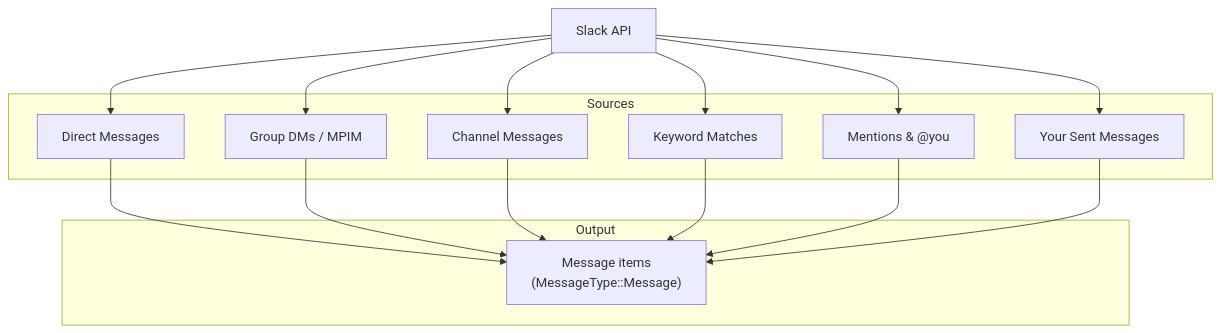
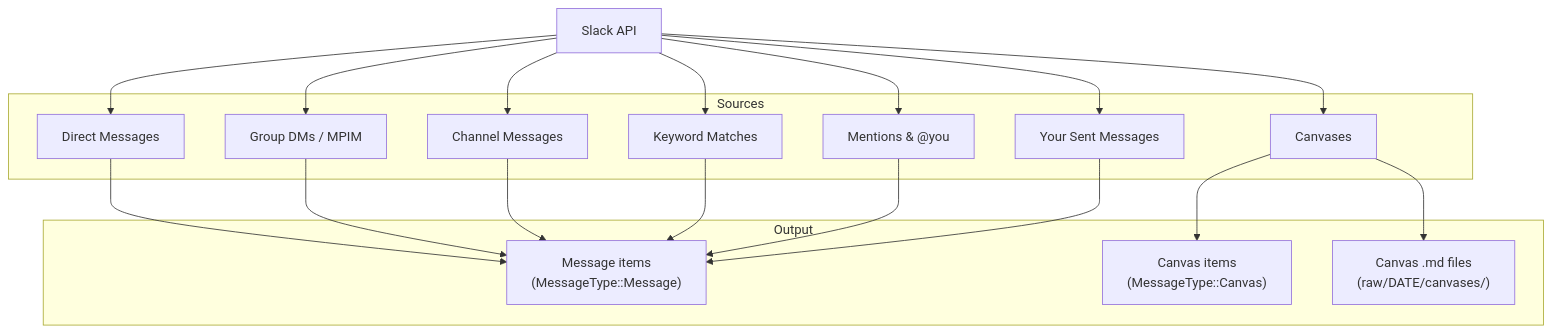
The first of 3 diagrams in docs/plugins/slack.md (imshubhamsingh/work-os), drawn with Mermaid before and after one commit. The commit also changed other lines of this file and 15 other files, not shown here.

Commit message:
feat: added slack canvas setup

````diff
--- a/docs/plugins/slack.md
+++ b/docs/plugins/slack.md
@@ -39,20 +41,25 @@
 ```mermaid
 flowchart TD
     Slack["Slack API"]
 
     subgraph Sources
         DM["Direct Messages"]
         GDM["Group DMs / MPIM"]
         CH["Channel Messages"]
         KW["Keyword Matches"]
         Mentions["Mentions & @you"]
         Mine["Your Sent Messages"]
+        CV["Canvases"]
     end
 
     subgraph Output
         Msg["Message items\n(MessageType::Message)"]
+        CanvasMsg["Canvas items\n(MessageType::Canvas)"]
+        CanvasFile["Canvas .md files\n(raw/DATE/canvases/)"]
     end
 
-    Slack --> DM & GDM & CH & KW & Mentions & Mine
+    Slack --> DM & GDM & CH & KW & Mentions & Mine & CV
     DM & GDM & CH & KW & Mentions & Mine --> Msg
+    CV --> CanvasMsg
+    CV --> CanvasFile
 ```
````
